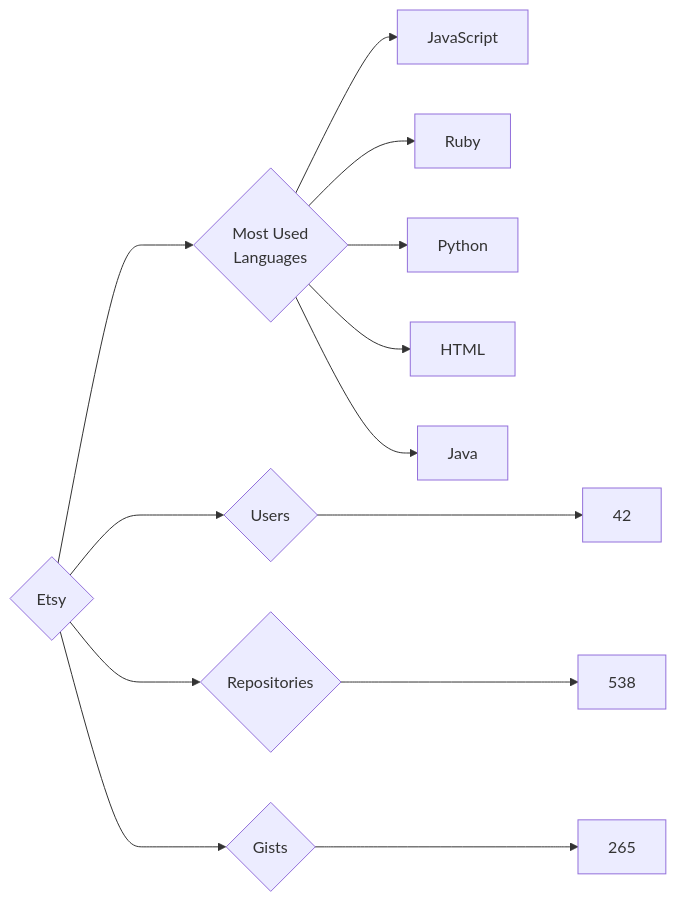
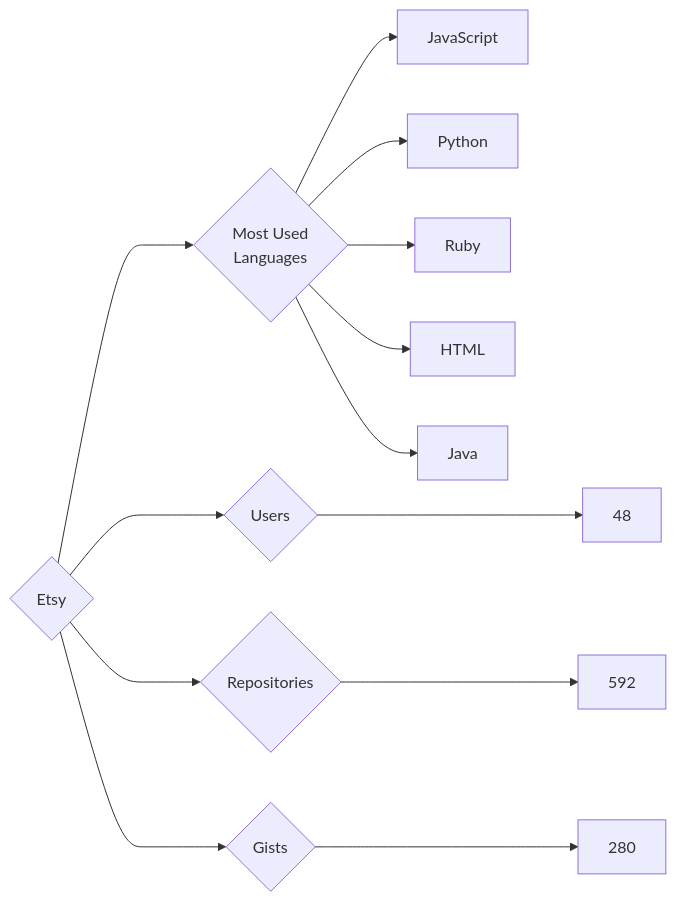
The diagram in targets/Etsy/README.md (trickest/insiders), drawn with Mermaid before and after one commit. The commit also changed 916 other files, not shown here.

````diff
--- a/targets/Etsy/README.md
+++ b/targets/Etsy/README.md
@@ -3,13 +3,13 @@
 ```mermaid
 graph LR
 COMPANY_NAME{Etsy}
-COMPANY_NAME ---> U{Users} ---> UN[42]
-COMPANY_NAME ---> R{Repositories} ---> RN[538]
-COMPANY_NAME ---> G{Gists} ---> GN[265]
+COMPANY_NAME ---> U{Users} ---> UN[48]
+COMPANY_NAME ---> R{Repositories} ---> RN[592]
+COMPANY_NAME ---> G{Gists} ---> GN[280]
 COMPANY_NAME ---> ML{Most Used<br>Languages}
 ML --> JavaScript[JavaScript]
+ML --> Python[Python]
 ML --> Ruby[Ruby]
-ML --> Python[Python]
 ML --> HTML[HTML]
 ML --> Java[Java]
 ```
````
